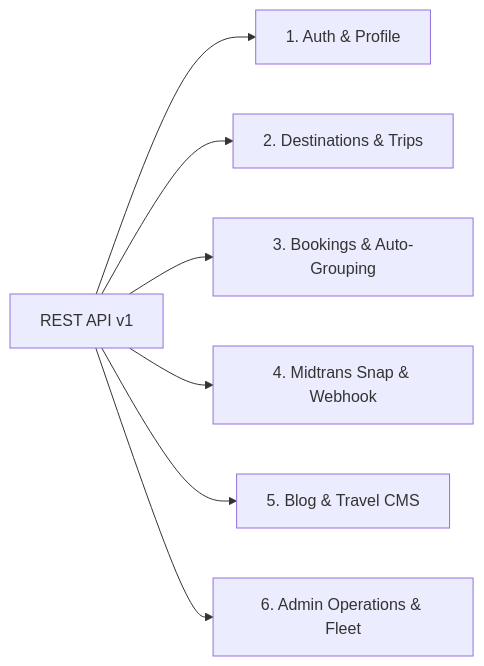
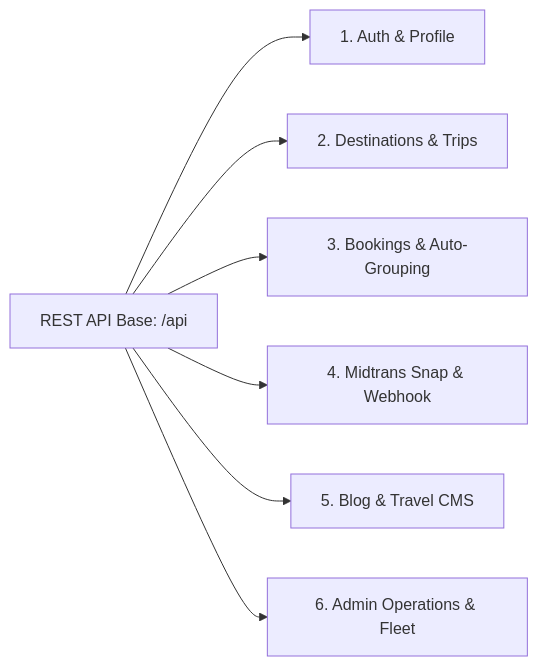
The diagram in APIDOCUMENTATIONS.md (kadekriyan/trip-sharing-frontend), drawn with Mermaid before and after one commit. The commit also changed other lines of this file, not shown here.

Commit message:
docs: adjust API Base URL from /api/v1 to /api

````diff
--- a/APIDOCUMENTATIONS.md
+++ b/APIDOCUMENTATIONS.md
@@ -67,9 +67,9 @@
 ```mermaid
 graph LR
-    API[REST API v1] --> Auth[1. Auth & Profile]
+    API[REST API Base: /api] --> Auth[1. Auth & Profile]
     API --> Dest[2. Destinations & Trips]
     API --> Booking[3. Bookings & Auto-Grouping]
     API --> Payment[4. Midtrans Snap & Webhook]
     API --> Blog[5. Blog & Travel CMS]
     API --> Admin[6. Admin Operations & Fleet]
 ```
````
